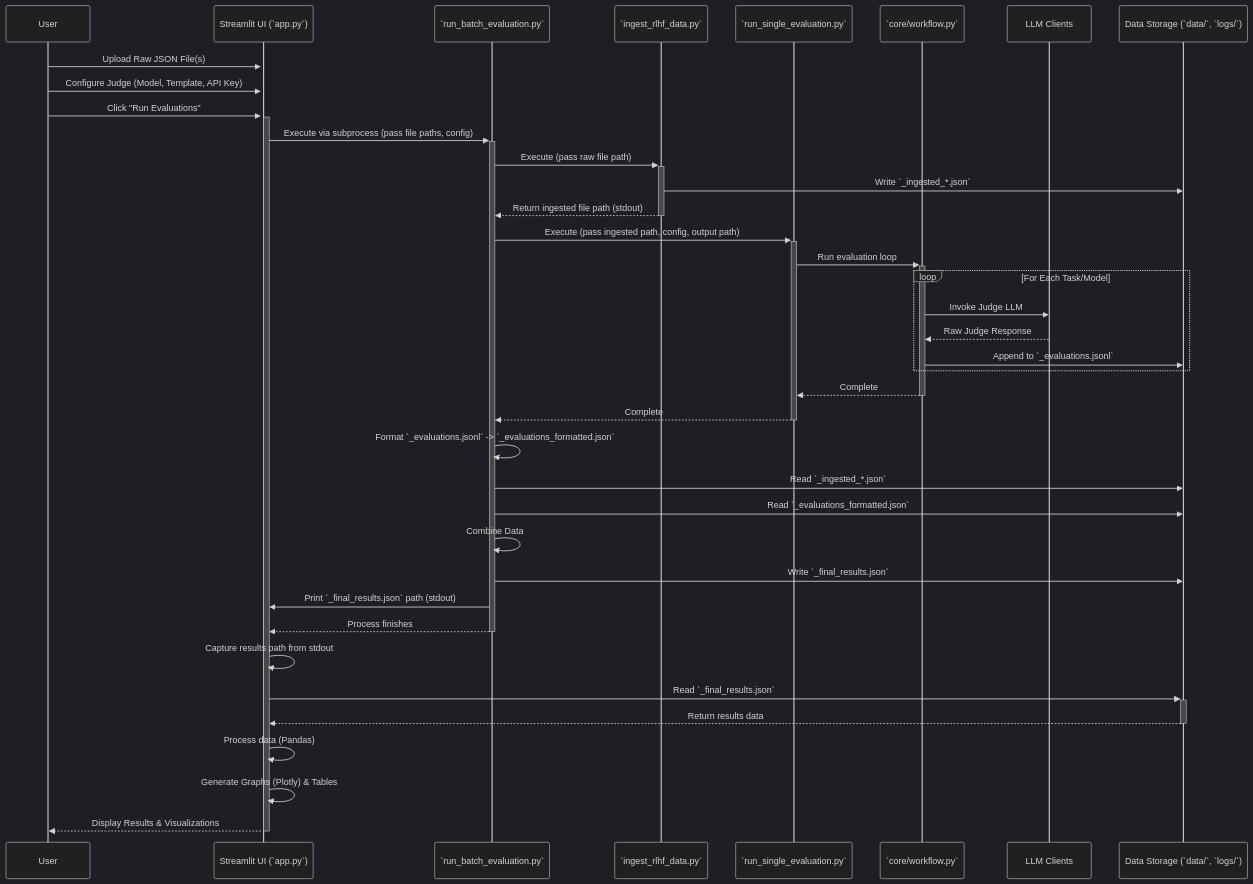
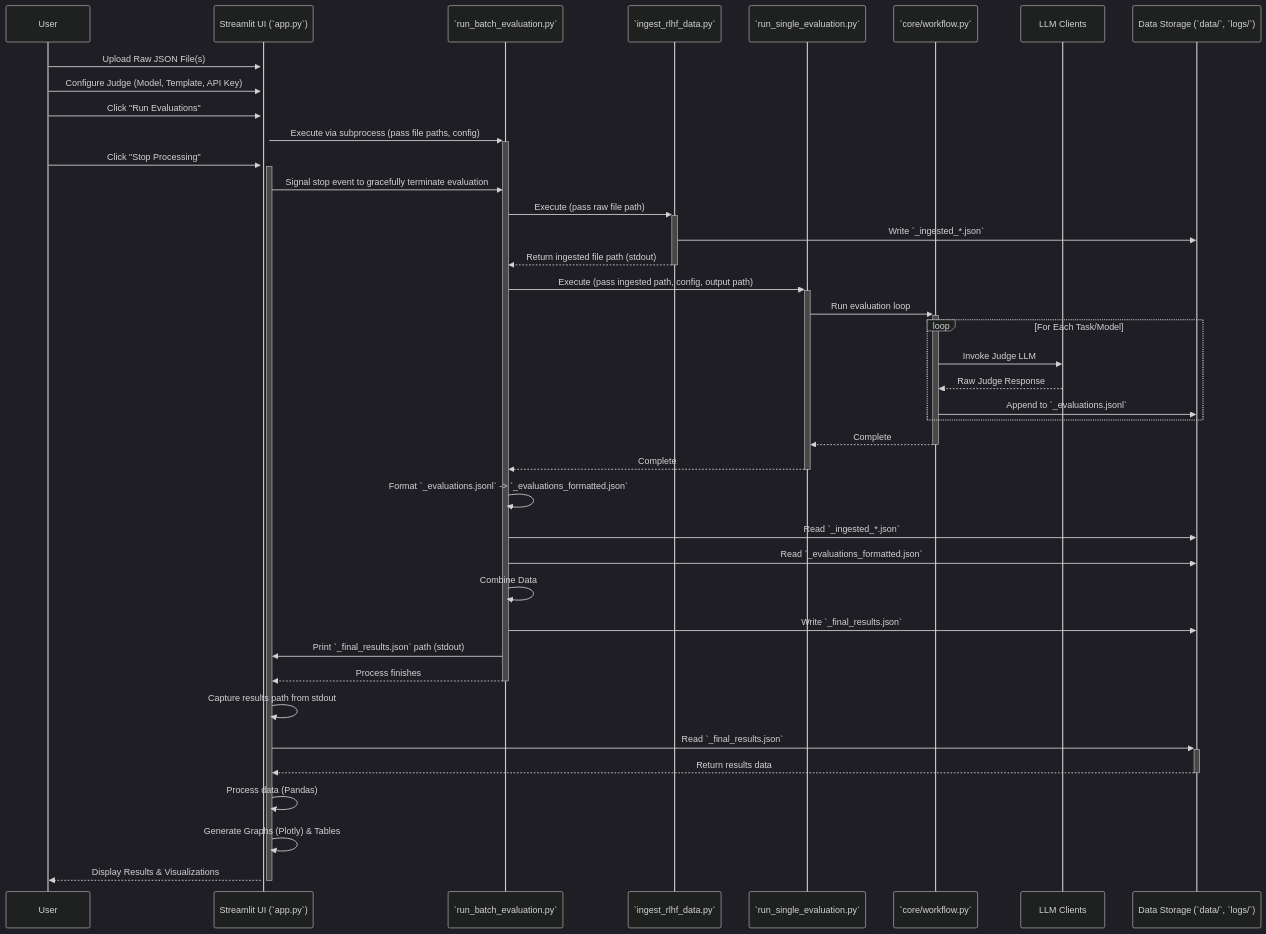
One commit to Mathews-Tom/CogniBench changed the second of 2 diagrams in overview.md. Above: the diagram before and after it, drawn with Mermaid (dark theme). The commit also changed other lines of this file, not shown here.

Commit message:
Update overview.md with dynamic spinner and stop processing button enhancements

````diff
--- a/overview.md
+++ b/overview.md
@@ -88,41 +88,43 @@
 ```mermaid
 sequenceDiagram
     participant User
     participant UI as Streamlit UI (`app.py`)
     participant BatchScript as `run_batch_evaluation.py`
     participant IngestScript as `ingest_rlhf_data.py`
     participant EvalScript as `run_single_evaluation.py`
     participant CoreWorkflow as `core/workflow.py`
     participant LLMClient as LLM Clients
     participant DataStore as Data Storage (`data/`, `logs/`)
 
     User->>+UI: Upload Raw JSON File(s)
     User->>UI: Configure Judge (Model, Template, API Key)
     User->>+UI: Click "Run Evaluations"
     UI->>+BatchScript: Execute via subprocess (pass file paths, config)
+    User->>+UI: Click "Stop Processing"
+    UI->>BatchScript: Signal stop event to gracefully terminate evaluation
     BatchScript->>+IngestScript: Execute (pass raw file path)
     IngestScript->>DataStore: Write `_ingested_*.json`
     IngestScript-->>-BatchScript: Return ingested file path (stdout)
     BatchScript->>+EvalScript: Execute (pass ingested path, config, output path)
     EvalScript->>+CoreWorkflow: Run evaluation loop
     loop For Each Task/Model
         CoreWorkflow->>LLMClient: Invoke Judge LLM
         LLMClient-->>CoreWorkflow: Raw Judge Response
         CoreWorkflow->>DataStore: Append to `_evaluations.jsonl`
     end
     CoreWorkflow-->>-EvalScript: Complete
     EvalScript-->>-BatchScript: Complete
     BatchScript->>BatchScript: Format `_evaluations.jsonl` -> `_evaluations_formatted.json`
     BatchScript->>DataStore: Read `_ingested_*.json`
     BatchScript->>DataStore: Read `_evaluations_formatted.json`
     BatchScript->>BatchScript: Combine Data
     BatchScript->>DataStore: Write `_final_results.json`
     BatchScript->>UI: Print `_final_results.json` path (stdout)
     BatchScript-->>-UI: Process finishes
     UI->>UI: Capture results path from stdout
     UI->>+DataStore: Read `_final_results.json`
     DataStore-->>-UI: Return results data
     UI->>UI: Process data (Pandas)
     UI->>UI: Generate Graphs (Plotly) & Tables
     UI-->>-User: Display Results & Visualizations
 ```
````
